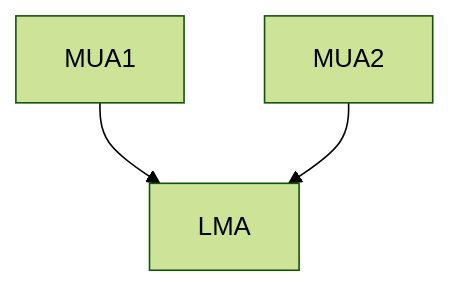
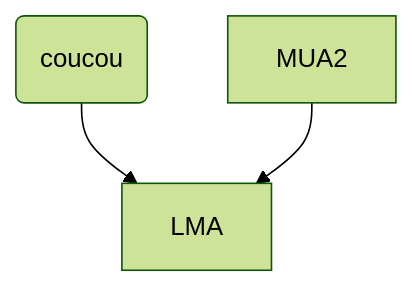
One commit to orel33/local-mail-agent changed the diagram in README.md. Above: the diagram before and after it, drawn with Mermaid (forest theme).

````diff
--- a/README.md
+++ b/README.md
@@ -43,4 +43,5 @@
 ```mermaid
 graph TD;
-    MUA1 & MUA2 --> LMA
+    MUA1("coucou");
+    MUA1 & MUA2 --> LMA;
 ```
````
